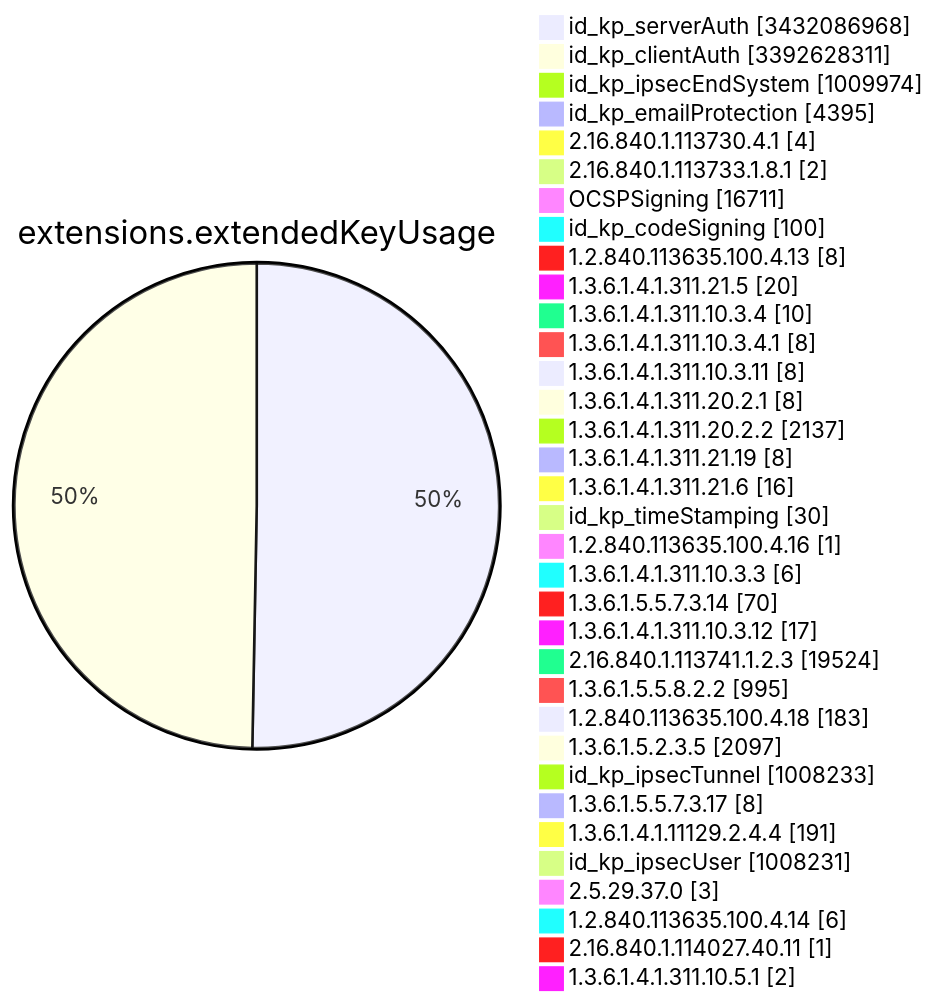
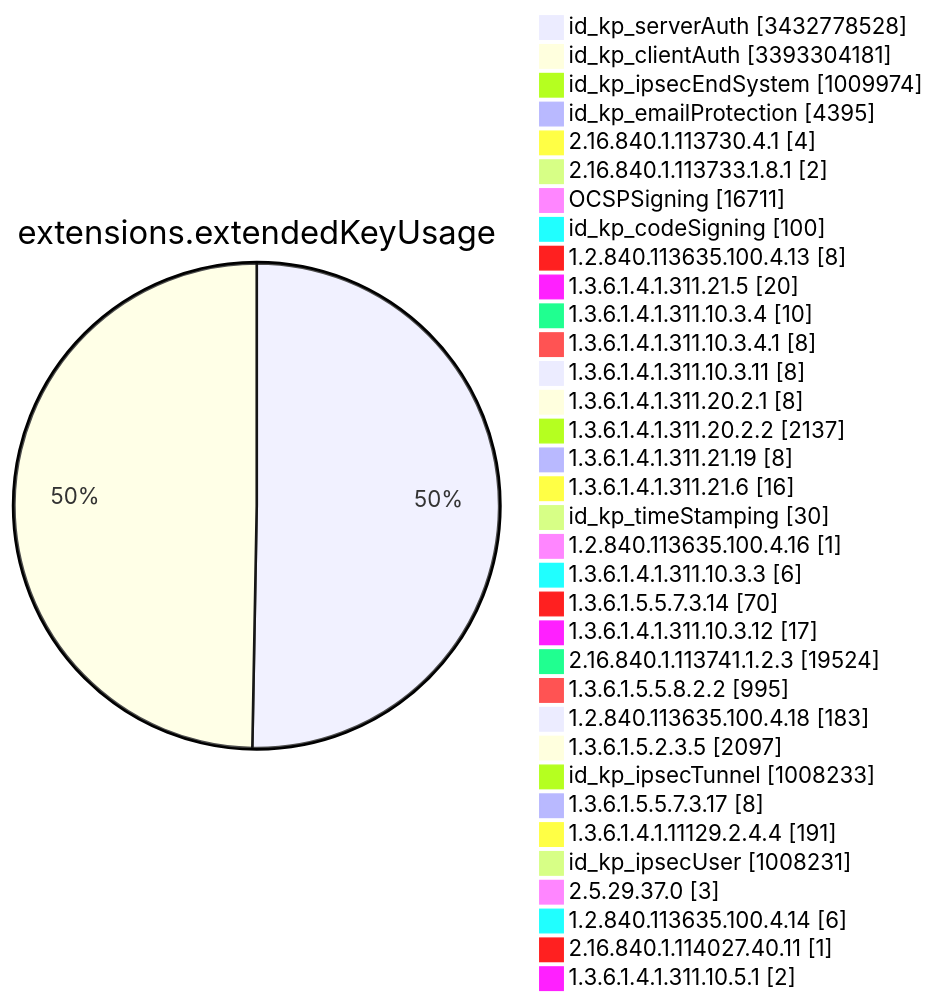
Before and after one commit to christiankrug/ctmonitor_visualization: diagram 11 of 15 in TOTAL/README.md, drawn with Mermaid. The commit also changed other lines of this file, not shown here.

````diff
--- a/TOTAL/README.md
+++ b/TOTAL/README.md
@@ -4122,38 +4122,38 @@
 ```mermaid
 pie showData
 title extensions.extendedKeyUsage
-"id_kp_serverAuth" :3432086968
-"id_kp_clientAuth" :3392628311
+"id_kp_serverAuth" :3432778528
+"id_kp_clientAuth" :3393304181
 "id_kp_ipsecEndSystem" :1009974
 "id_kp_emailProtection" :4395
 "2.16.840.1.113730.4.1" :4
 "2.16.840.1.113733.1.8.1" :2
 "OCSPSigning" :16711
 "id_kp_codeSigning" :100
 "1.2.840.113635.100.4.13" :8
 "1.3.6.1.4.1.311.21.5" :20
 "1.3.6.1.4.1.311.10.3.4" :10
 "1.3.6.1.4.1.311.10.3.4.1" :8
 "1.3.6.1.4.1.311.10.3.11" :8
 "1.3.6.1.4.1.311.20.2.1" :8
 "1.3.6.1.4.1.311.20.2.2" :2137
 "1.3.6.1.4.1.311.21.19" :8
 "1.3.6.1.4.1.311.21.6" :16
 "id_kp_timeStamping" :30
 "1.2.840.113635.100.4.16" :1
 "1.3.6.1.4.1.311.10.3.3" :6
 "1.3.6.1.5.5.7.3.14" :70
 "1.3.6.1.4.1.311.10.3.12" :17
 "2.16.840.1.113741.1.2.3" :19524
 "1.3.6.1.5.5.8.2.2" :995
 "1.2.840.113635.100.4.18" :183
 "1.3.6.1.5.2.3.5" :2097
 "id_kp_ipsecTunnel" :1008233
 "1.3.6.1.5.5.7.3.17" :8
 "1.3.6.1.4.1.11129.2.4.4" :191
 "id_kp_ipsecUser" :1008231
 "2.5.29.37.0" :3
 "1.2.840.113635.100.4.14" :6
 "2.16.840.1.114027.40.11" :1
 "1.3.6.1.4.1.311.10.5.1" :2
 ```
````
